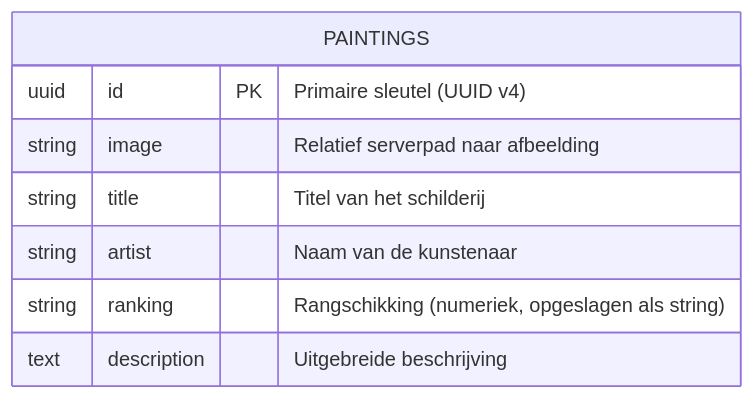
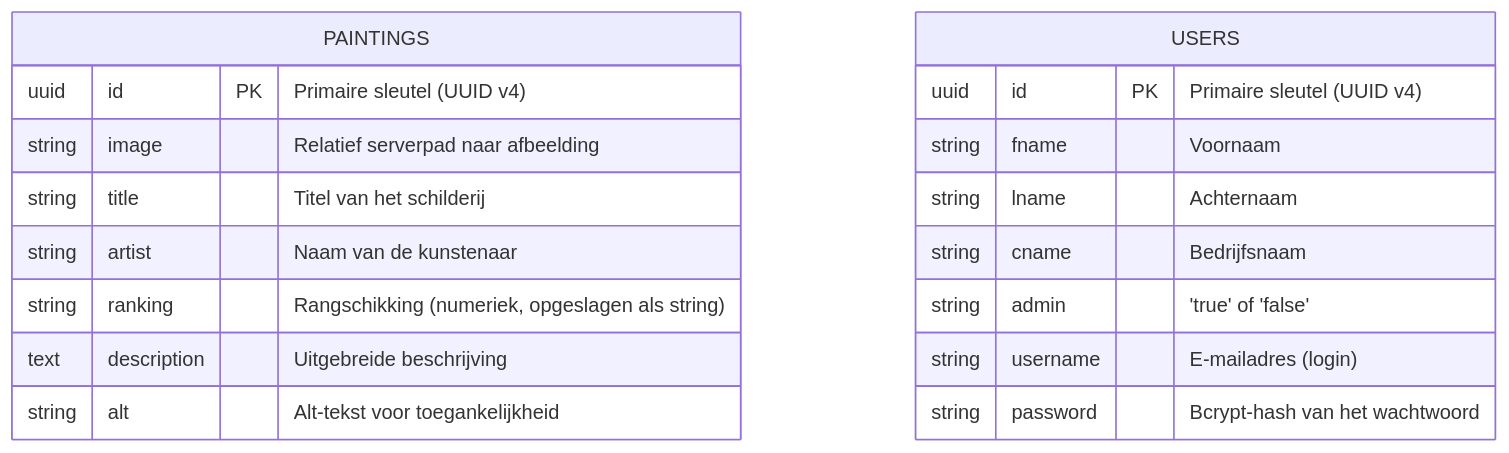
Before and after one commit to NevilDouglas/nevils-gallery: the diagram in docs/2_backend_ontwerp.md, drawn with Mermaid. The commit also changed other lines of this file and 13 other files, not shown here.

````diff
--- a/docs/2_backend_ontwerp.md
+++ b/docs/2_backend_ontwerp.md
@@ -223,11 +156,22 @@
 ```mermaid
 erDiagram
     PAINTINGS {
         uuid    id          PK  "Primaire sleutel (UUID v4)"
         string  image           "Relatief serverpad naar afbeelding"
         string  title           "Titel van het schilderij"
         string  artist          "Naam van de kunstenaar"
         string  ranking         "Rangschikking (numeriek, opgeslagen als string)"
         text    description     "Uitgebreide beschrijving"
+        string  alt             "Alt-tekst voor toegankelijkheid"
+    }
+
+    USERS {
+        uuid    id          PK  "Primaire sleutel (UUID v4)"
+        string  fname           "Voornaam"
+        string  lname           "Achternaam"
+        string  cname           "Bedrijfsnaam"
+        string  admin           "'true' of 'false'"
+        string  username        "E-mailadres (login)"
+        string  password        "Bcrypt-hash van het wachtwoord"
     }
 ```
````
